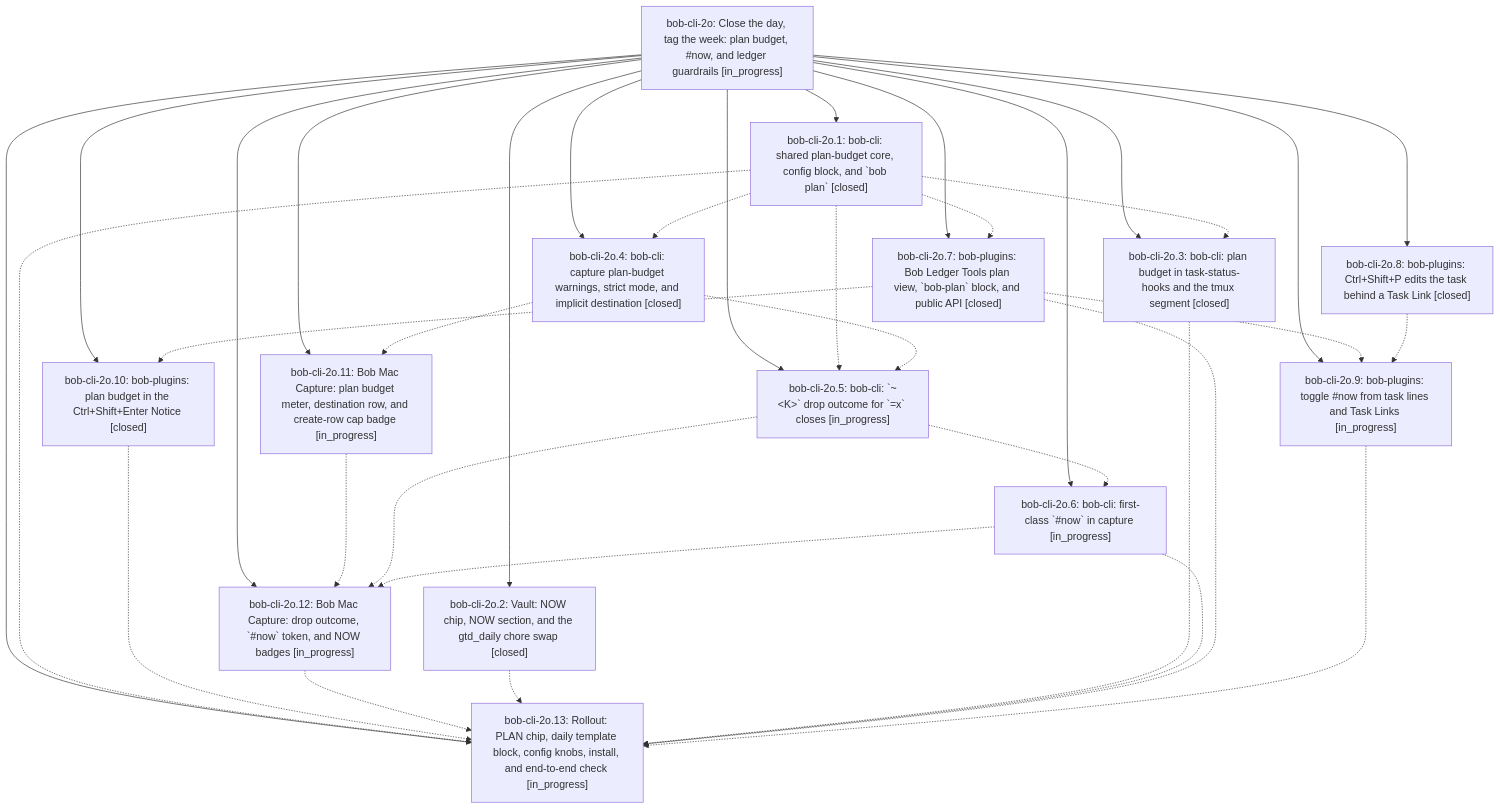
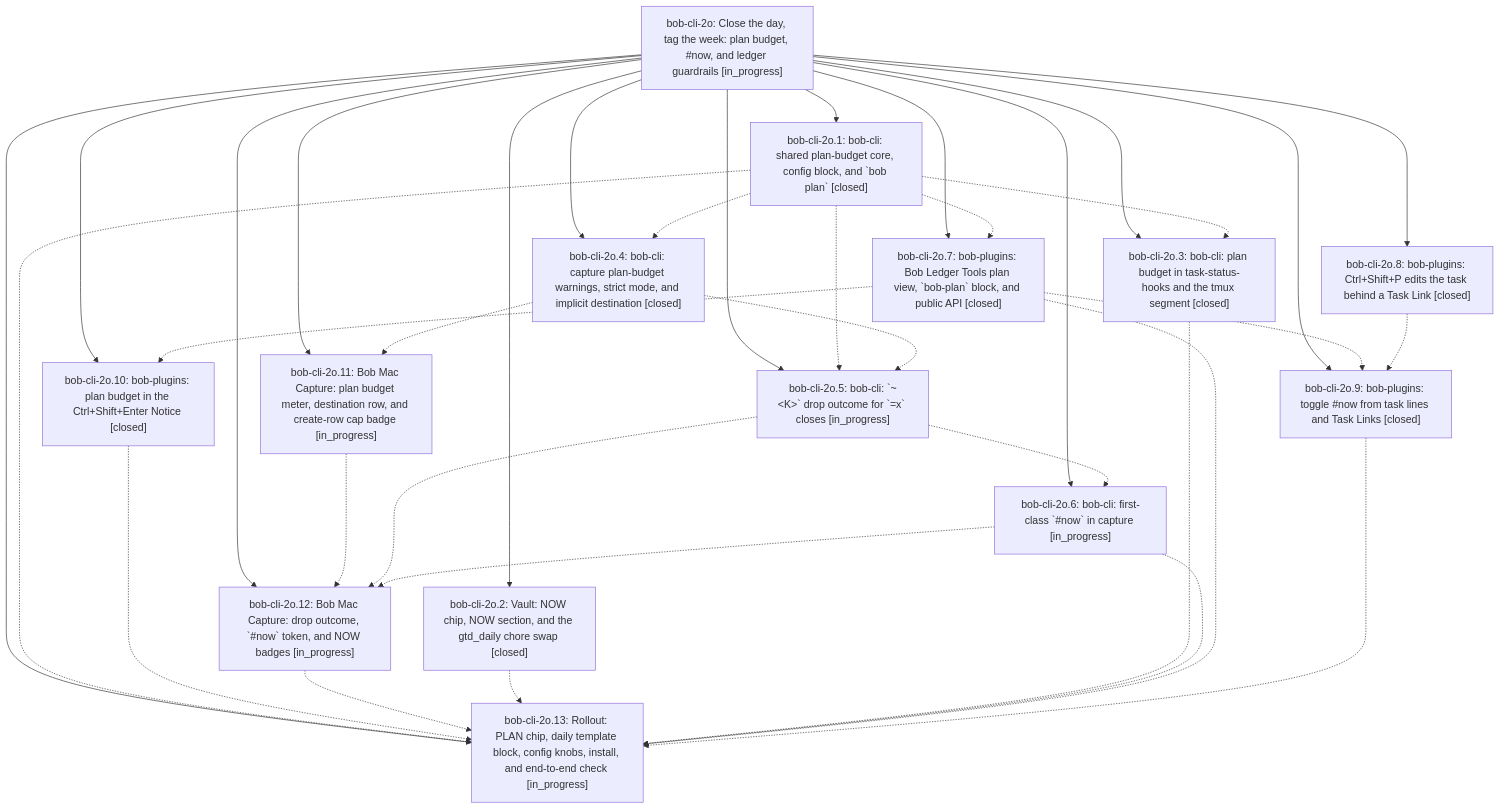
One commit to bobs-org/bob-cli--beads changed the diagram in pages/bob-cli-2o/README.md. Above: the diagram before and after it, drawn with Mermaid. The commit also changed other lines of this file and 6 other files, not shown here.

First line of the commit message:
chore(beads): sync bead state and pages for bob-cli-2o

````diff
--- a/pages/bob-cli-2o/README.md
+++ b/pages/bob-cli-2o/README.md
@@ -34,51 +34,51 @@
 ```mermaid
 flowchart TD
     n0["bob-cli-2o: Close the day, tag the week: plan budget, #now, and ledger guardrails [in_progress]"]
     n1["bob-cli-2o.1: bob-cli: shared plan-budget core, config block, and `bob plan` [closed]"]
     n2["bob-cli-2o.10: bob-plugins: plan budget in the Ctrl+Shift+Enter Notice [closed]"]
     n3["bob-cli-2o.11: Bob Mac Capture: plan budget meter, destination row, and create-row cap badge [in_progress]"]
     n4["bob-cli-2o.12: Bob Mac Capture: drop outcome, `#now` token, and NOW badges [in_progress]"]
     n5["bob-cli-2o.13: Rollout: PLAN chip, daily template block, config knobs, install, and end-to-end check [in_progress]"]
     n6["bob-cli-2o.2: Vault: NOW chip, NOW section, and the gtd_daily chore swap [closed]"]
     n7["bob-cli-2o.3: bob-cli: plan budget in task-status-hooks and the tmux segment [closed]"]
     n8["bob-cli-2o.4: bob-cli: capture plan-budget warnings, strict mode, and implicit destination [closed]"]
     n9["bob-cli-2o.5: bob-cli: `~&lt;K&gt;` drop outcome for `=x` closes [in_progress]"]
     n10["bob-cli-2o.6: bob-cli: first-class `#now` in capture [in_progress]"]
     n11["bob-cli-2o.7: bob-plugins: Bob Ledger Tools plan view, `bob-plan` block, and public API [closed]"]
     n12["bob-cli-2o.8: bob-plugins: Ctrl+Shift+P edits the task behind a Task Link [closed]"]
-    n13["bob-cli-2o.9: bob-plugins: toggle #now from task lines and Task Links [in_progress]"]
+    n13["bob-cli-2o.9: bob-plugins: toggle #now from task lines and Task Links [closed]"]
     n0 --> n1
     n0 --> n2
     n0 --> n3
     n0 --> n4
     n0 --> n5
     n0 --> n6
     n0 --> n7
     n0 --> n8
     n0 --> n9
     n0 --> n10
     n0 --> n11
     n0 --> n12
     n0 --> n13
     n1 -.-> n5
     n1 -.-> n7
     n1 -.-> n8
     n1 -.-> n9
     n1 -.-> n11
     n2 -.-> n5
     n3 -.-> n4
     n4 -.-> n5
     n6 -.-> n5
     n7 -.-> n5
     n8 -.-> n3
     n8 -.-> n9
     n9 -.-> n4
     n9 -.-> n10
     n10 -.-> n4
     n10 -.-> n5
     n11 -.-> n2
     n11 -.-> n5
     n11 -.-> n13
     n12 -.-> n13
     n13 -.-> n5
 ```
````
